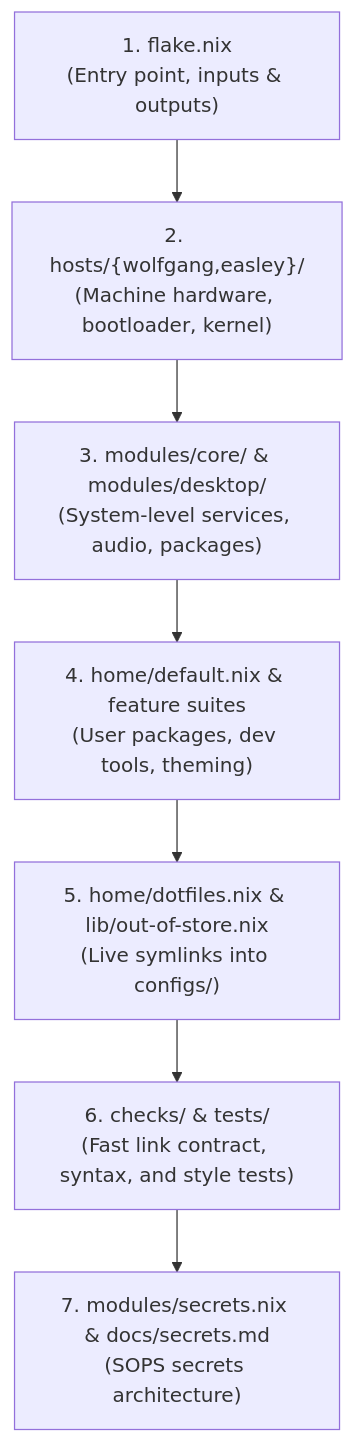
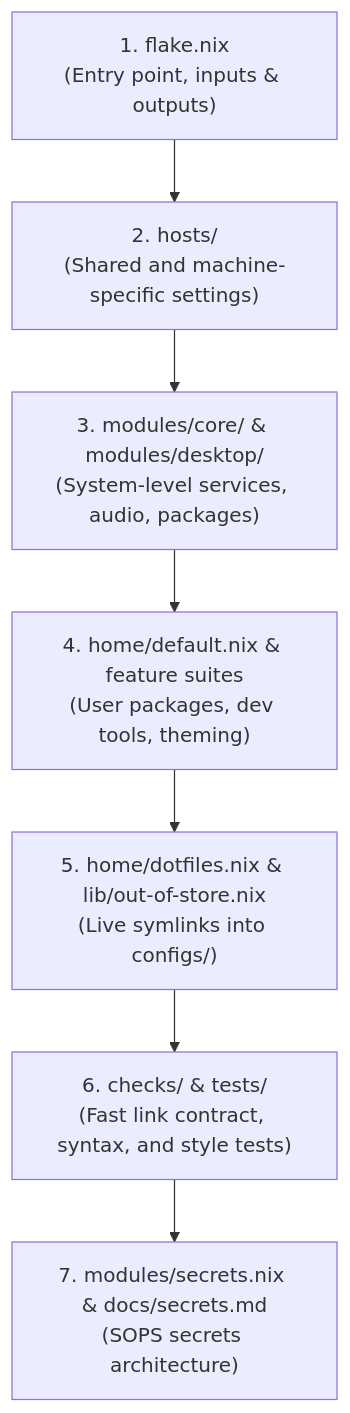
One commit to gsmith-alvarez/dotfiles changed the first of 2 diagrams in README.md. Above: the diagram before and after it, drawn with Mermaid. The commit also changed other lines of this file and 7 other files, not shown here.

````diff
--- a/README.md
+++ b/README.md
@@ -30,9 +30,9 @@
 ```mermaid
 flowchart TD
-    Step1["1. flake.nix<br/>(Entry point, inputs & outputs)"] --> Step2["2. hosts/{wolfgang,easley}/<br/>(Machine hardware, bootloader, kernel)"]
+    Step1["1. flake.nix<br/>(Entry point, inputs & outputs)"] --> Step2["2. hosts/<br/>(Shared and machine-specific settings)"]
     Step2 --> Step3["3. modules/core/ & modules/desktop/<br/>(System-level services, audio, packages)"]
     Step3 --> Step4["4. home/default.nix & feature suites<br/>(User packages, dev tools, theming)"]
     Step4 --> Step5["5. home/dotfiles.nix & lib/out-of-store.nix<br/>(Live symlinks into configs/)"]
     Step5 --> Step6["6. checks/ & tests/<br/>(Fast link contract, syntax, and style tests)"]
     Step6 --> Step7["7. modules/secrets.nix & docs/secrets.md<br/>(SOPS secrets architecture)"]
 ```
````
